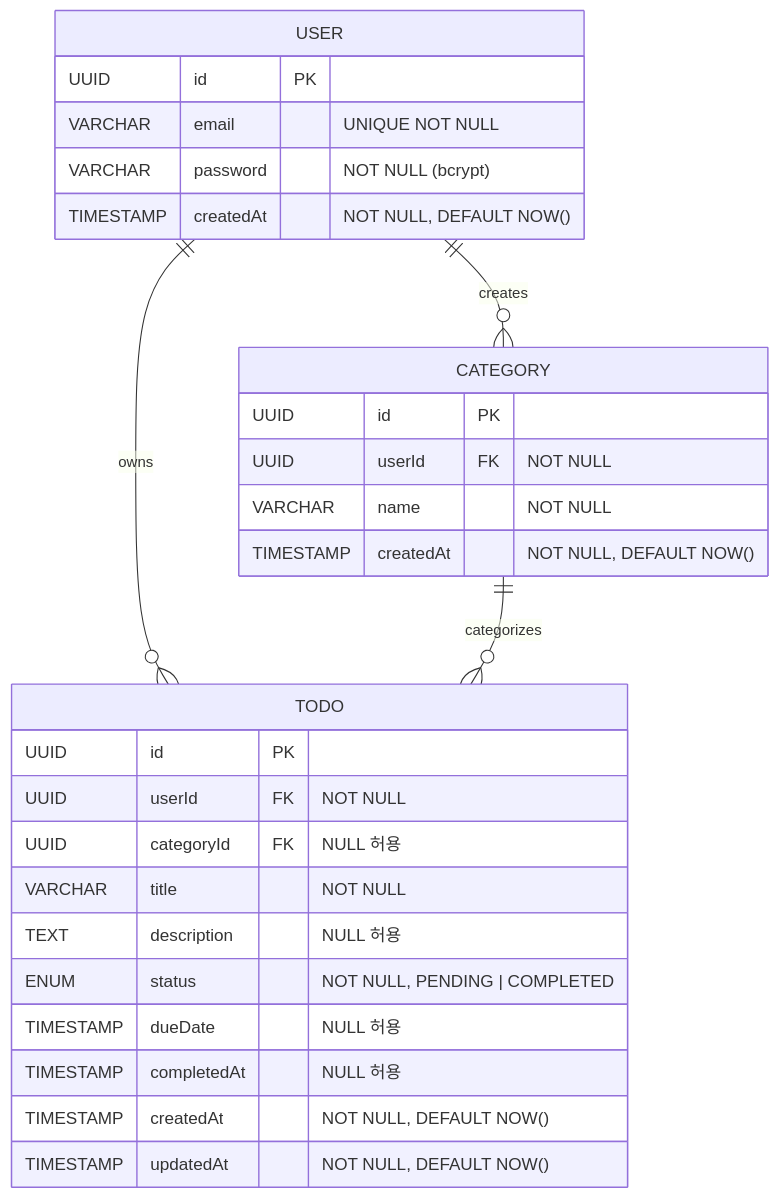
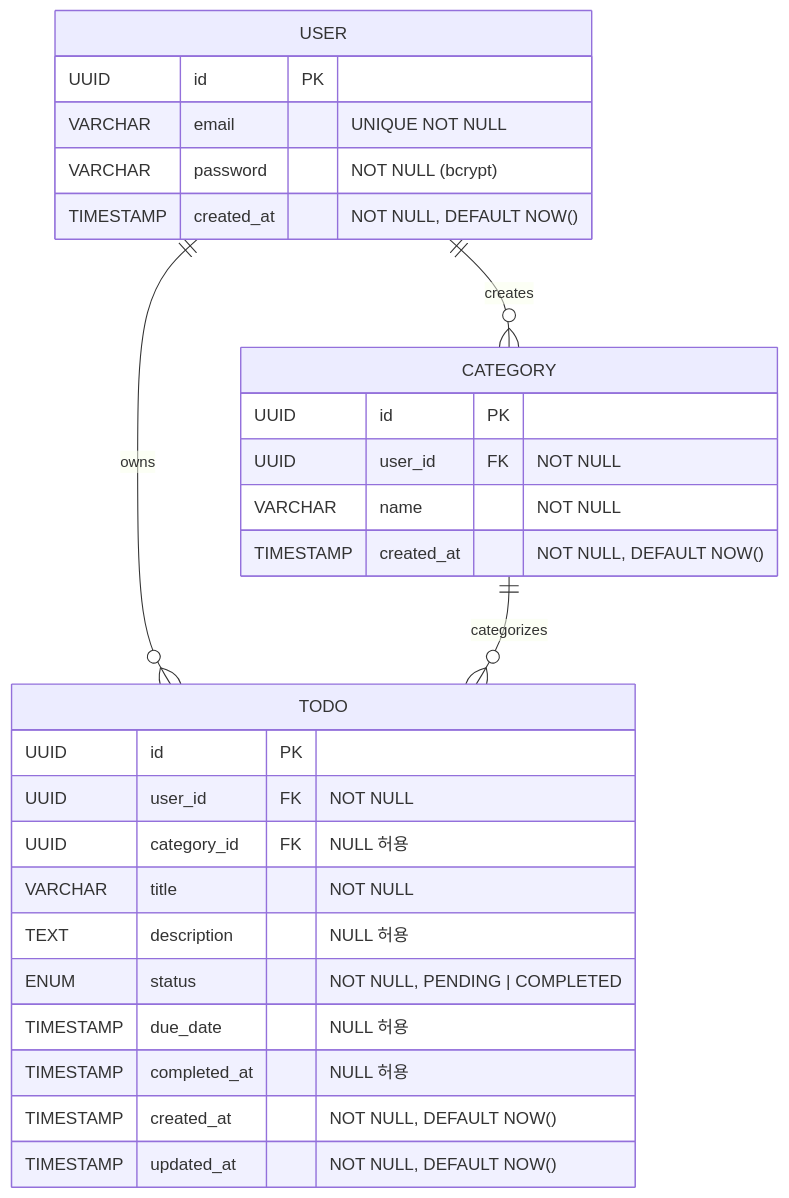
The first of 3 diagrams in docs/6-erd.md (realbackok-ctrl/todolista-app), drawn with Mermaid before and after one commit. The commit also changed other lines of this file and 45 other files, not shown here.

````diff
--- a/docs/6-erd.md
+++ b/docs/6-erd.md
@@ -20,33 +20,33 @@
 ```mermaid
 erDiagram
     USER ||--o{ CATEGORY : creates
     USER ||--o{ TODO : owns
     CATEGORY ||--o{ TODO : categorizes
 
     USER {
         UUID id PK
         VARCHAR email "UNIQUE NOT NULL"
         VARCHAR password "NOT NULL (bcrypt)"
-        TIMESTAMP createdAt "NOT NULL, DEFAULT NOW()"
+        TIMESTAMP created_at "NOT NULL, DEFAULT NOW()"
     }
 
     CATEGORY {
         UUID id PK
-        UUID userId FK "NOT NULL"
+        UUID user_id FK "NOT NULL"
         VARCHAR name "NOT NULL"
-        TIMESTAMP createdAt "NOT NULL, DEFAULT NOW()"
+        TIMESTAMP created_at "NOT NULL, DEFAULT NOW()"
     }
 
     TODO {
         UUID id PK
-        UUID userId FK "NOT NULL"
-        UUID categoryId FK "NULL 허용"
+        UUID user_id FK "NOT NULL"
+        UUID category_id FK "NULL 허용"
         VARCHAR title "NOT NULL"
         TEXT description "NULL 허용"
         ENUM status "NOT NULL, PENDING | COMPLETED"
-        TIMESTAMP dueDate "NULL 허용"
-        TIMESTAMP completedAt "NULL 허용"
-        TIMESTAMP createdAt "NOT NULL, DEFAULT NOW()"
-        TIMESTAMP updatedAt "NOT NULL, DEFAULT NOW()"
+        TIMESTAMP due_date "NULL 허용"
+        TIMESTAMP completed_at "NULL 허용"
+        TIMESTAMP created_at "NOT NULL, DEFAULT NOW()"
+        TIMESTAMP updated_at "NOT NULL, DEFAULT NOW()"
     }
 ```
````
